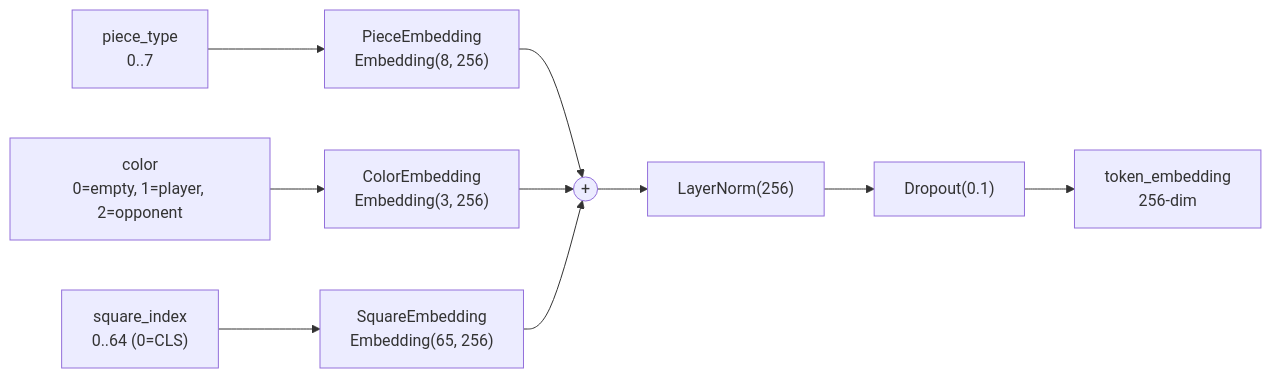
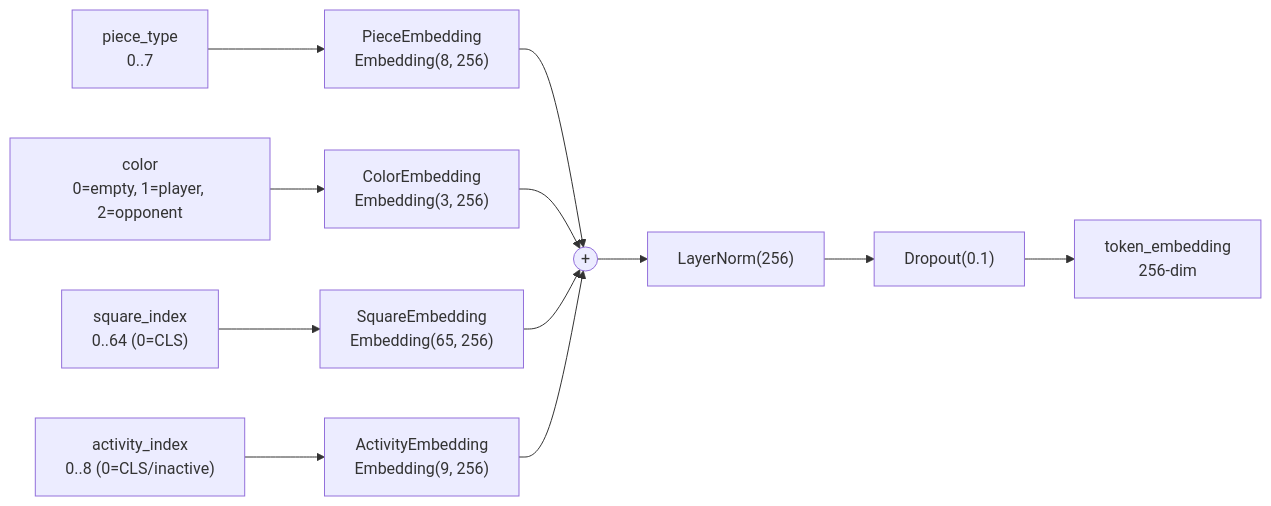
The second of 6 diagrams in chess_encoder_final_design.md (sombersomni/chess-policy-agent), drawn with Mermaid before and after one commit. The commit also changed other lines of this file, not shown here.

First line of the commit message:
Add ActivityScorer and four-stream EmbeddingLayer to encoder design

````diff
--- a/chess_encoder_final_design.md
+++ b/chess_encoder_final_design.md
@@ -70,13 +73,15 @@
 ```mermaid
 flowchart LR
     PT["piece_type<br/>0..7"] --> PE["PieceEmbedding<br/>Embedding(8, 256)"]
     COL["color<br/>0=empty, 1=player, 2=opponent"] --> CE["ColorEmbedding<br/>Embedding(3, 256)"]
     SQ["square_index<br/>0..64 (0=CLS)"] --> SE["SquareEmbedding<br/>Embedding(65, 256)"]
+    ACT["activity_index<br/>0..8 (0=CLS/inactive)"] --> AE["ActivityEmbedding<br/>Embedding(9, 256)"]
 
     PE --> ADD(("+"))
     CE --> ADD
     SE --> ADD
+    AE --> ADD
     ADD --> LN["LayerNorm(256)"]
     LN --> DROP["Dropout(0.1)"]
     DROP --> TOK["token_embedding<br/>256-dim"]
 ```
````
